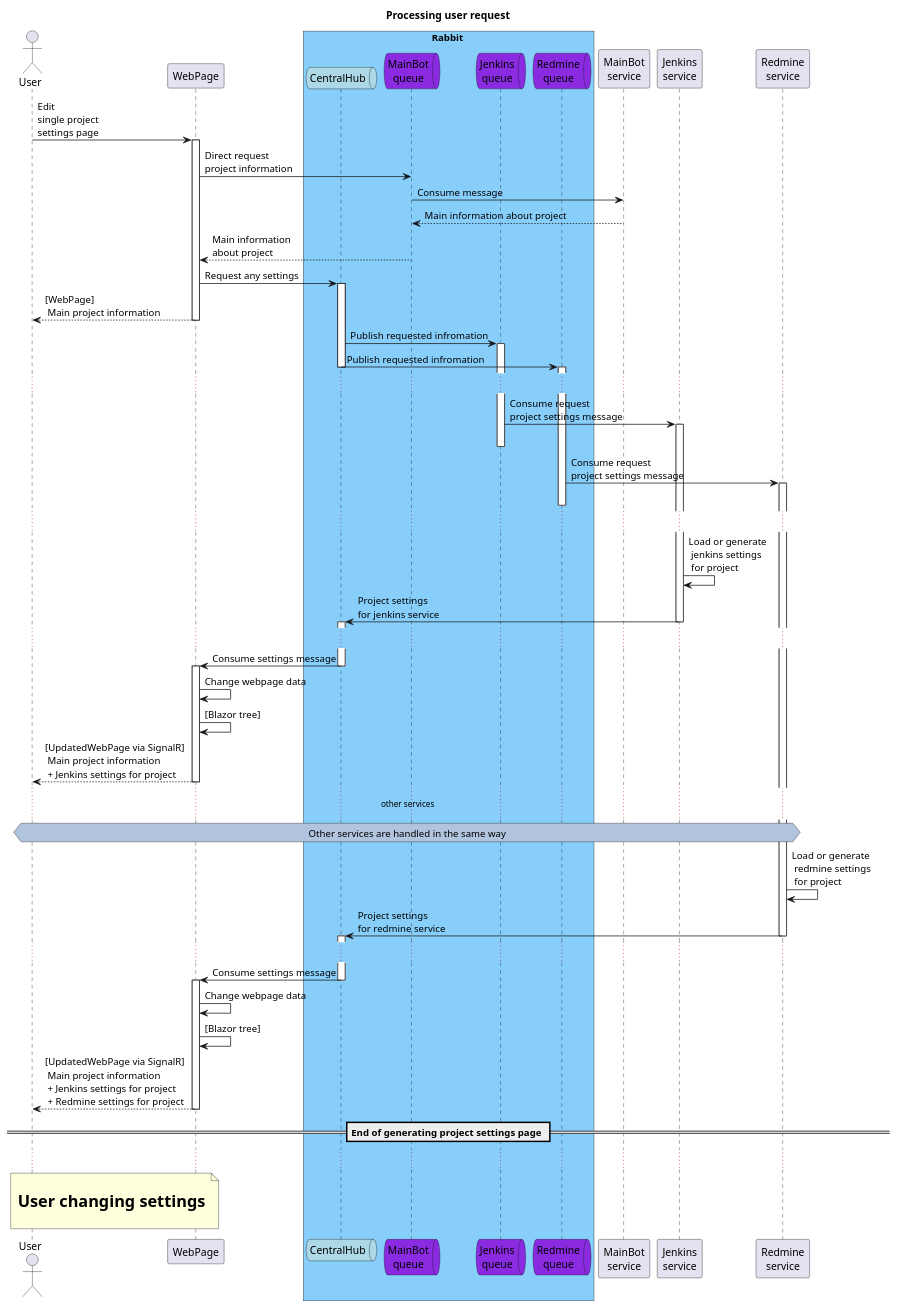
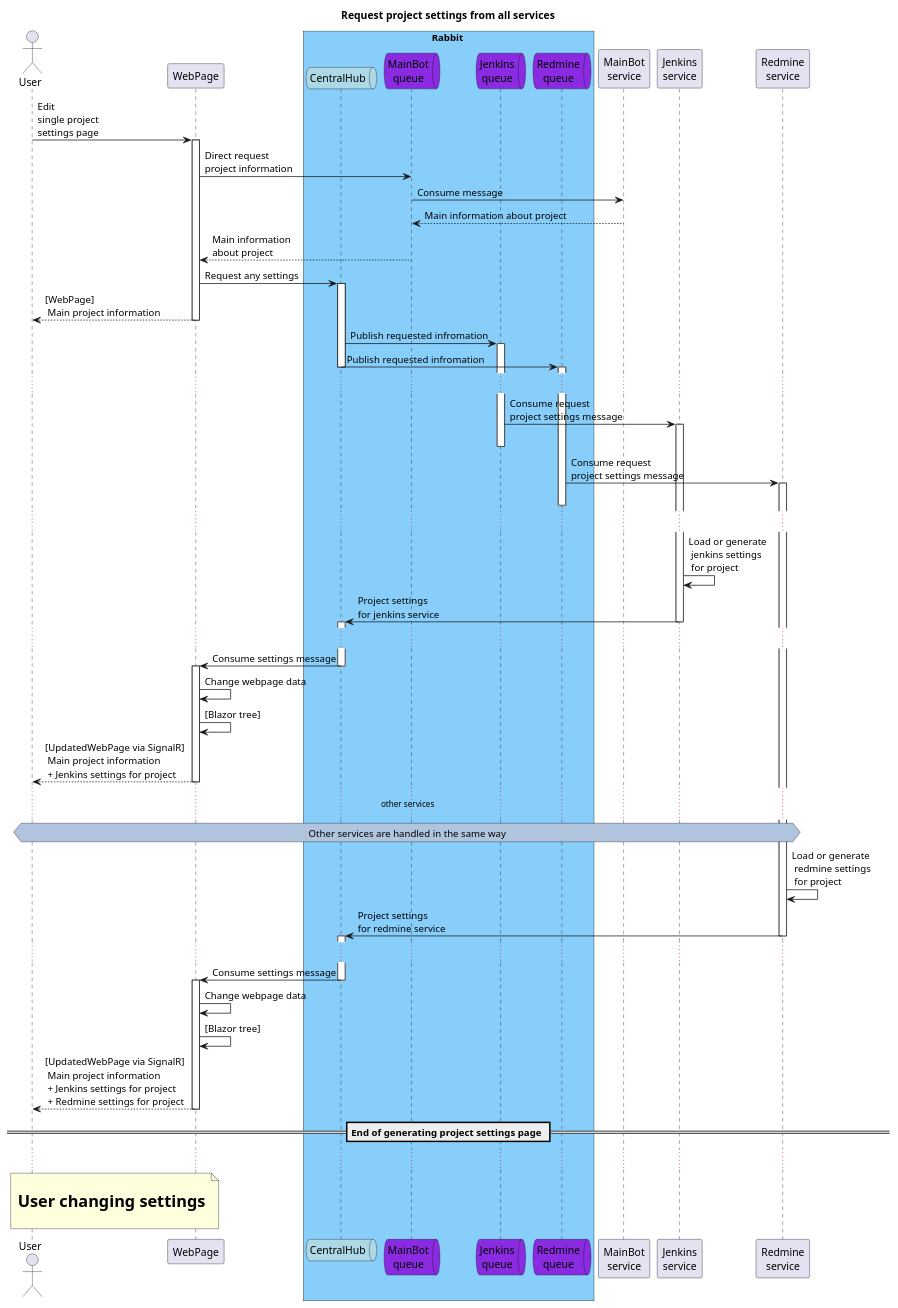
Before and after one commit to zavpav/TgBotEnterprise: the diagram in WebAdminChangeSettingsRequest.puml, drawn with PlantUML. The commit also changed 1 other file, not shown here.

```diff
--- a/WebAdminChangeSettingsRequest.puml
+++ b/WebAdminChangeSettingsRequest.puml
@@ -1,80 +1,81 @@
-@startuml Processing user request
+@startuml Request project settings from all services
 
-title Processing user request
+title Request project settings from all services
+
 
 actor User as usr
 participant WebPage as wp
 
 box Rabbit #LightSkyBlue 
     queue "CentralHub" as CentralHub #LightBlue
     queue "MainBot\nqueue" as mbQueue #BlueViolet
     queue "Jenkins\nqueue" as jenkinsQueue #BlueViolet
     queue "Redmine\nqueue" as redmineQueue #BlueViolet
 end box
 
 participant "MainBot\nservice" as mb
 participant "Jenkins\nservice" as jenkins
 participant "Redmine\nservice" as redmine
 
 
 usr -> wp : Edit\nsingle project\nsettings page
 activate wp
 wp -> mbQueue : Direct request\nproject information
 mbQueue -> mb  : Consume message
 mb --> mbQueue : Main information about project
 mbQueue --> wp : Main information\nabout project
 
 wp -> CentralHub : Request any settings
 activate CentralHub
 
 wp --> usr : [WebPage] \n Main project information
 deactivate wp
 
 CentralHub -> jenkinsQueue : Publish requested infromation
 activate jenkinsQueue
 CentralHub -> redmineQueue : Publish requested infromation
 deactivate CentralHub
 
 activate redmineQueue
 ...
 jenkinsQueue -> jenkins : Consume request\nproject settings message 
 activate jenkins
 deactivate jenkinsQueue
 redmineQueue -> redmine : Consume request\nproject settings message 
 activate redmine
 deactivate redmineQueue
 ...
 jenkins -> jenkins : Load or generate\n jenkins settings \n for project
 jenkins -> CentralHub : Project settings\nfor jenkins service
 deactivate jenkins
 activate CentralHub
 ...
 CentralHub -> wp : Consume settings message
 deactivate CentralHub
 activate wp
 wp -> wp : Change webpage data
 wp -> wp : [Blazor tree]
 wp --> usr : [UpdatedWebPage via SignalR] \n Main project information\n + Jenkins settings for project
 deactivate wp
 
 ... other services ...
 hnote across #LightSteelBlue: Other services are handled in the same way 
 redmine -> redmine : Load or generate\n redmine settings \n for project
 redmine -> CentralHub : Project settings\nfor redmine service
 deactivate redmine
 activate CentralHub
 ...
 CentralHub -> wp : Consume settings message
 deactivate CentralHub
 activate wp
 wp -> wp : Change webpage data
 wp -> wp : [Blazor tree]
 wp --> usr : [UpdatedWebPage via SignalR] \n Main project information\n + Jenkins settings for project\n + Redmine settings for project
 deactivate wp
 
 == End of generating project settings page == 
 
 ...
 note over usr, wp : \n <size:22>**User changing settings**</size> \n
 
 @enduml
```
